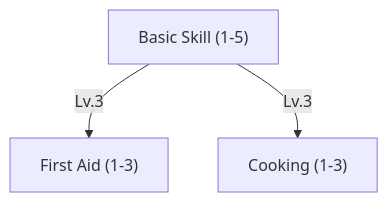
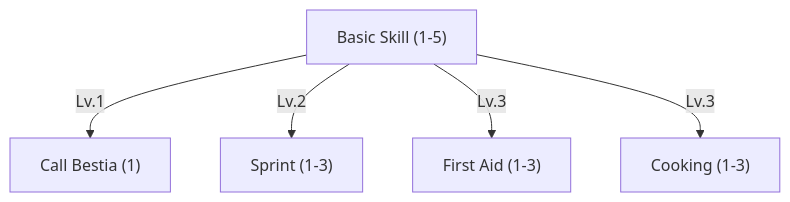
Before and after one commit to tfelix/bestia-docs: the first of 15 diagrams in content/docs/mechanics/master.md, drawn with Mermaid. The commit also changed other lines of this file, not shown here.

First line of the commit message:
docs(master): add Sprint and Call Bestia to the Novice tree

````diff
--- a/content/docs/mechanics/master.md
+++ b/content/docs/mechanics/master.md
@@ -180,9 +180,13 @@
 ```mermaid
 graph TD
     BasicSkill["Basic Skill (1-5)"]
+    CallBestia["Call Bestia (1)"]
+    Sprint["Sprint (1-3)"]
     FirstAid["First Aid (1-3)"]
     Cooking["Cooking (1-3)"]
 
+    BasicSkill -->|Lv.1| CallBestia
+    BasicSkill -->|Lv.2| Sprint
     BasicSkill -->|Lv.3| FirstAid
     BasicSkill -->|Lv.3| Cooking
 ```
````
